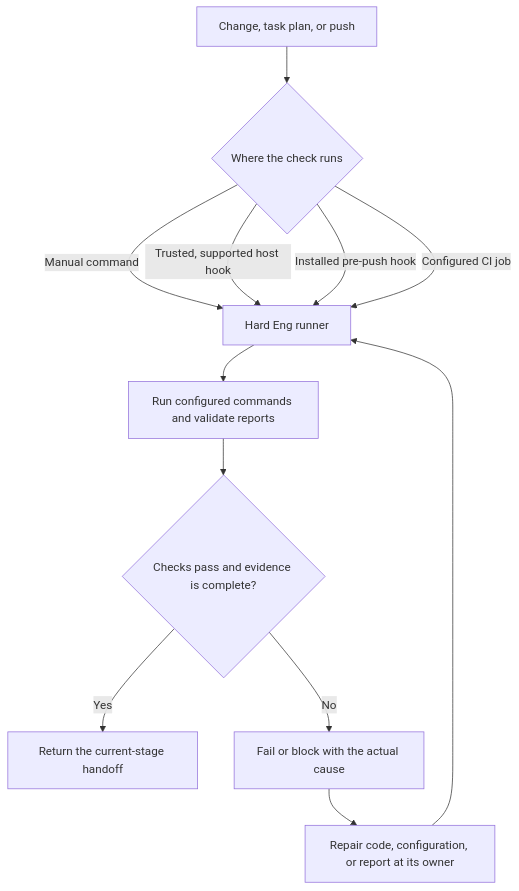
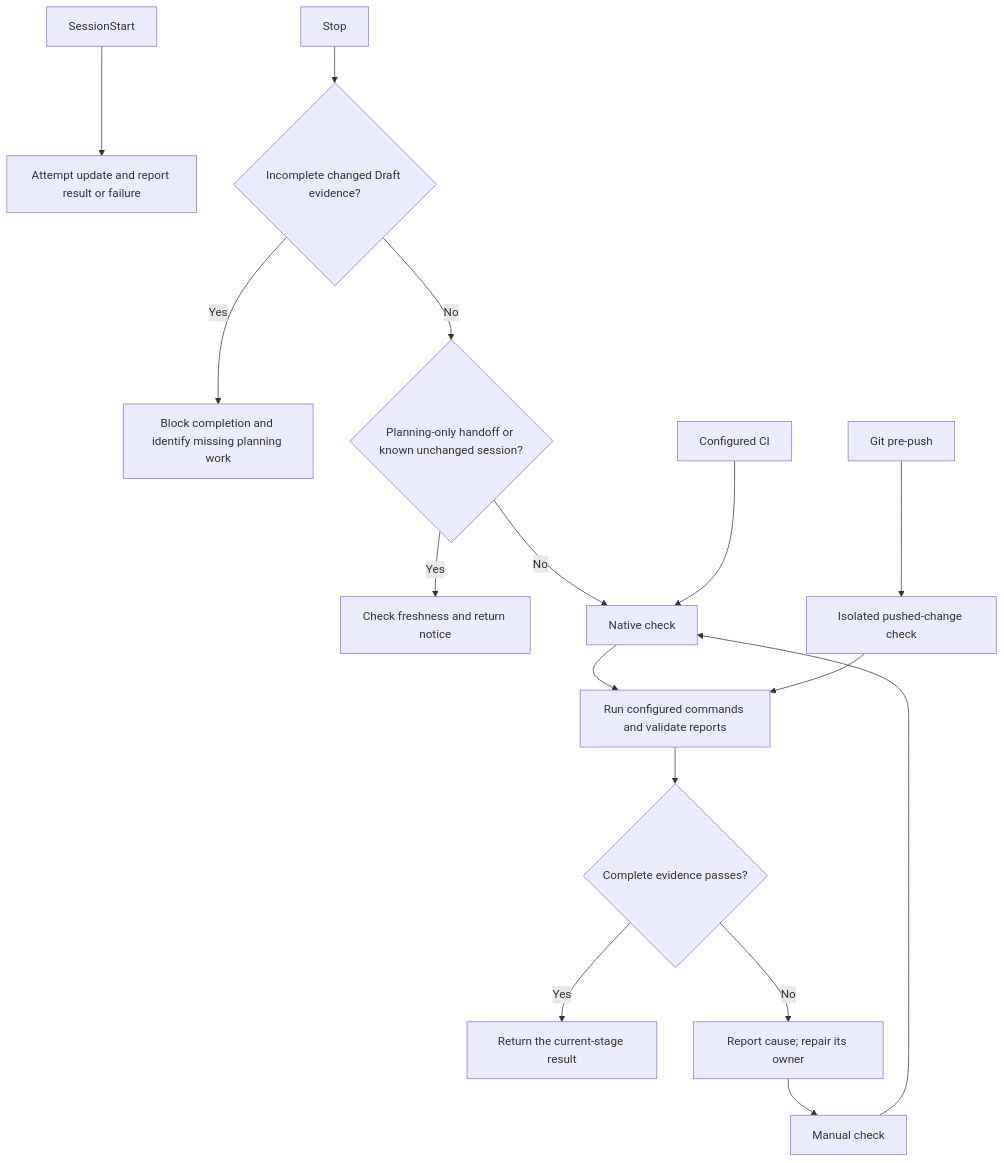
One commit to sgaabdu4/hard-eng changed the seventh of 7 diagrams in README.md. Above: the diagram before and after it, drawn with Mermaid. The commit also changed other lines of this file and 1 other file, not shown here.

Commit message:
Explain the complete workflow with sequential Mermaid diagrams

````diff
--- a/README.md
+++ b/README.md
@@ -236,14 +220,18 @@
 ```mermaid
 flowchart TD
-  A[Change, task plan, or push] --> B{Where the check runs}
-  B -->|Manual command| C[Hard Eng runner]
-  B -->|Trusted, supported host hook| C
-  B -->|Installed pre-push hook| C
-  B -->|Configured CI job| C
-  C --> D[Run configured commands and validate reports]
-  D --> E{Checks pass and evidence is complete?}
-  E -->|Yes| F[Return the current-stage handoff]
-  E -->|No| G[Fail or block with the actual cause]
-  G --> H[Repair code, configuration, or report at its owner]
-  H --> C
+  A[SessionStart] --> B[Attempt update and report result or failure]
+  C[Stop] --> D{Incomplete changed Draft evidence?}
+  D -->|Yes| F[Block completion and identify missing planning work]
+  D -->|No| P{Planning-only handoff or known unchanged session?}
+  P -->|Yes| E[Check freshness and return notice]
+  P -->|No| G[Native check]
+  H[Manual check] --> G
+  I[Git pre-push] --> J[Isolated pushed-change check]
+  K[Configured CI] --> G
+  G --> L[Run configured commands and validate reports]
+  J --> L
+  L --> M{Complete evidence passes?}
+  M -->|Yes| N[Return the current-stage result]
+  M -->|No| O[Report cause; repair its owner]
+  O --> H
 ```
````
